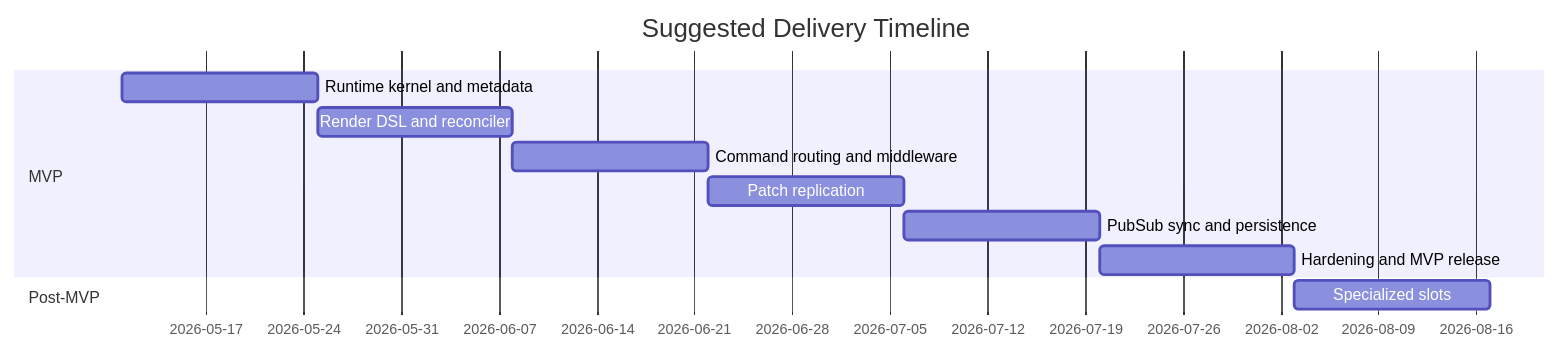
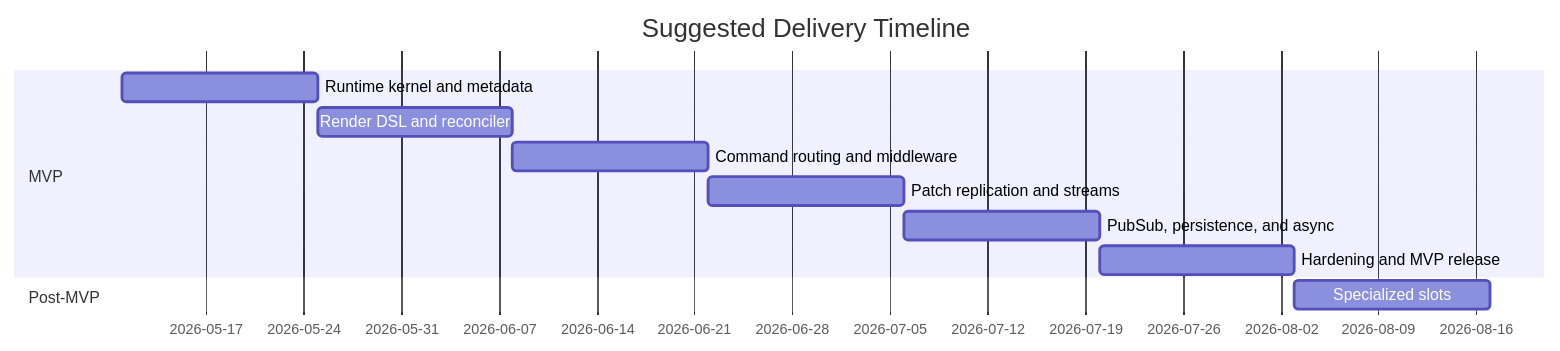
One commit to fahchen/arbor changed the diagram in docs/PRD.md. Above: the diagram before and after it, drawn with Mermaid. The commit also changed other lines of this file, not shown here.

First line of the commit message:
docs(prd): add LiveView-parity stream and async task support

````diff
--- a/docs/PRD.md
+++ b/docs/PRD.md
@@ -426,14 +694,14 @@
 ```mermaid
 gantt
     title Suggested Delivery Timeline
     dateFormat  YYYY-MM-DD
     section MVP
-    Runtime kernel and metadata        :a1, 2026-05-11, 14d
-    Render DSL and reconciler         :a2, after a1, 14d
-    Command routing and middleware    :a3, after a2, 14d
-    Patch replication                 :a4, after a3, 14d
-    PubSub sync and persistence       :a5, after a4, 14d
-    Hardening and MVP release         :a6, after a5, 14d
+    Runtime kernel and metadata          :a1, 2026-05-11, 14d
+    Render DSL and reconciler            :a2, after a1, 14d
+    Command routing and middleware       :a3, after a2, 14d
+    Patch replication and streams        :a4, after a3, 14d
+    PubSub, persistence, and async       :a5, after a4, 14d
+    Hardening and MVP release            :a6, after a5, 14d
     section Post-MVP
-    Specialized slots                 :a7, after a6, 14d
+    Specialized slots                    :a7, after a6, 14d
 ```
````
